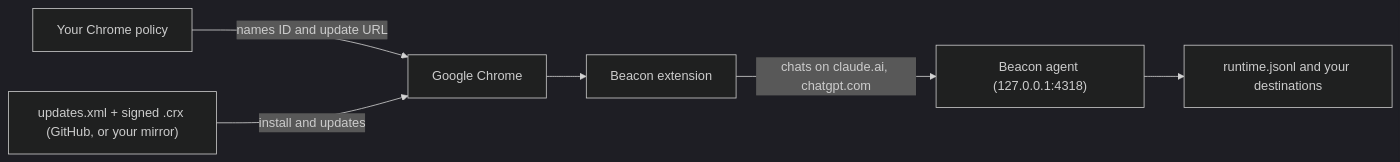
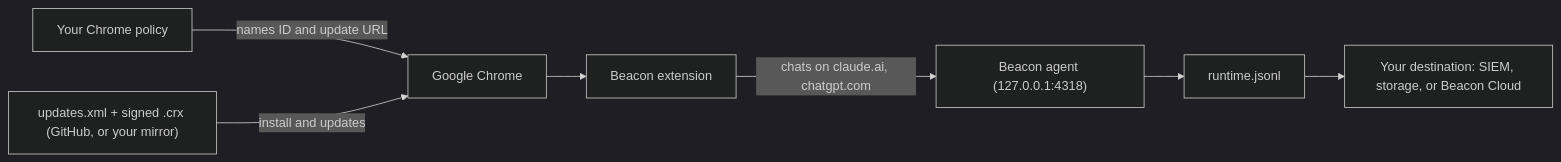
Before and after one commit to Asymptote-Labs/agent-beacon: the diagram in docs/runtimes/browser-extension-chrome-policy.mdx, drawn with Mermaid (dark theme). The commit also changed other lines of this file, not shown here.

First line of the commit message:
docs: chrome policy guide names self-hosted destinations

````diff
--- a/docs/runtimes/browser-extension-chrome-policy.mdx
+++ b/docs/runtimes/browser-extension-chrome-policy.mdx
@@ -18,8 +18,9 @@
 ```mermaid
 flowchart LR
   Policy[Your Chrome policy] -->|names ID and update URL| Chrome[Google Chrome]
   Feed["updates.xml + signed .crx (GitHub, or your mirror)"] -->|install and updates| Chrome
   Chrome --> Ext[Beacon extension]
   Ext -->|chats on claude.ai, chatgpt.com| Agent["Beacon agent (127.0.0.1:4318)"]
-  Agent --> Log[runtime.jsonl and your destinations]
+  Agent --> Log[runtime.jsonl]
+  Log --> Dest["Your destination: SIEM, storage, or Beacon Cloud"]
 ```
````
